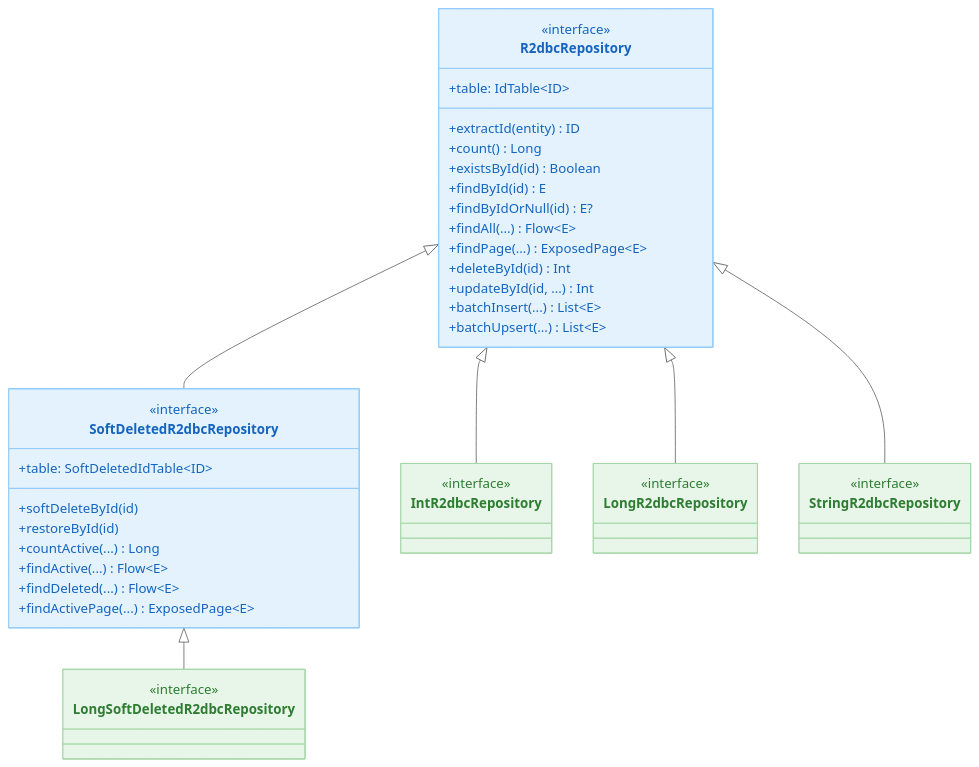
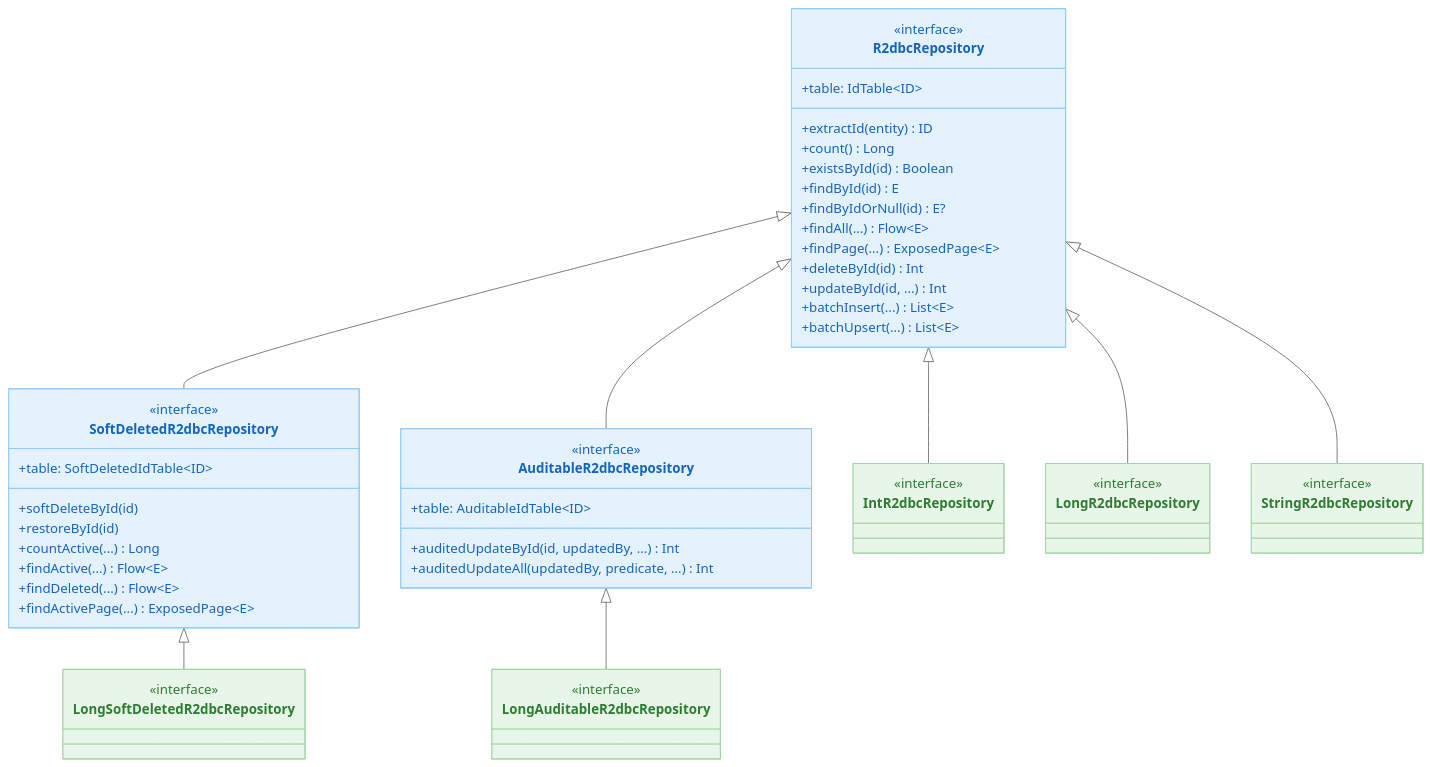
The second of 4 diagrams in exposed/exposed-r2dbc/README.ko.md (bluetape4k/bluetape4k-exposed), drawn with Mermaid (neutral theme) before and after one commit. The commit also changed other lines of this file and 6 other files, not shown here.

````diff
--- a/exposed/exposed-r2dbc/README.ko.md
+++ b/exposed/exposed-r2dbc/README.ko.md
@@ -281,53 +340,66 @@
 ```mermaid
 classDiagram
     class R2dbcRepository {
         <<interface>>
         +table: IdTable~ID~
         +extractId(entity) ID
         +count() Long
         +existsById(id) Boolean
         +findById(id) E
         +findByIdOrNull(id) E?
         +findAll(...) Flow~E~
         +findPage(...) ExposedPage~E~
         +deleteById(id) Int
         +updateById(id, ...) Int
         +batchInsert(...) List~E~
         +batchUpsert(...) List~E~
     }
     class SoftDeletedR2dbcRepository {
         <<interface>>
         +table: SoftDeletedIdTable~ID~
         +softDeleteById(id)
         +restoreById(id)
         +countActive(...) Long
         +findActive(...) Flow~E~
         +findDeleted(...) Flow~E~
         +findActivePage(...) ExposedPage~E~
     }
+    class AuditableR2dbcRepository {
+        <<interface>>
+        +table: AuditableIdTable~ID~
+        +auditedUpdateById(id, updatedBy, ...) Int
+        +auditedUpdateAll(updatedBy, predicate, ...) Int
+    }
     class IntR2dbcRepository {
         <<interface>>
     }
     class LongR2dbcRepository {
         <<interface>>
     }
     class StringR2dbcRepository {
         <<interface>>
     }
     class LongSoftDeletedR2dbcRepository {
         <<interface>>
     }
+    class LongAuditableR2dbcRepository {
+        <<interface>>
+    }
 
     R2dbcRepository <|-- SoftDeletedR2dbcRepository
+    R2dbcRepository <|-- AuditableR2dbcRepository
     R2dbcRepository <|-- IntR2dbcRepository
     R2dbcRepository <|-- LongR2dbcRepository
     R2dbcRepository <|-- StringR2dbcRepository
     SoftDeletedR2dbcRepository <|-- LongSoftDeletedR2dbcRepository
+    AuditableR2dbcRepository <|-- LongAuditableR2dbcRepository
 
     style R2dbcRepository fill:#E3F2FD,stroke:#90CAF9,color:#1565C0
     style SoftDeletedR2dbcRepository fill:#E3F2FD,stroke:#90CAF9,color:#1565C0
+    style AuditableR2dbcRepository fill:#E3F2FD,stroke:#90CAF9,color:#1565C0
     style IntR2dbcRepository fill:#E8F5E9,stroke:#A5D6A7,color:#2E7D32
     style LongR2dbcRepository fill:#E8F5E9,stroke:#A5D6A7,color:#2E7D32
     style StringR2dbcRepository fill:#E8F5E9,stroke:#A5D6A7,color:#2E7D32
     style LongSoftDeletedR2dbcRepository fill:#E8F5E9,stroke:#A5D6A7,color:#2E7D32
+    style LongAuditableR2dbcRepository fill:#E8F5E9,stroke:#A5D6A7,color:#2E7D32
 ```
````
